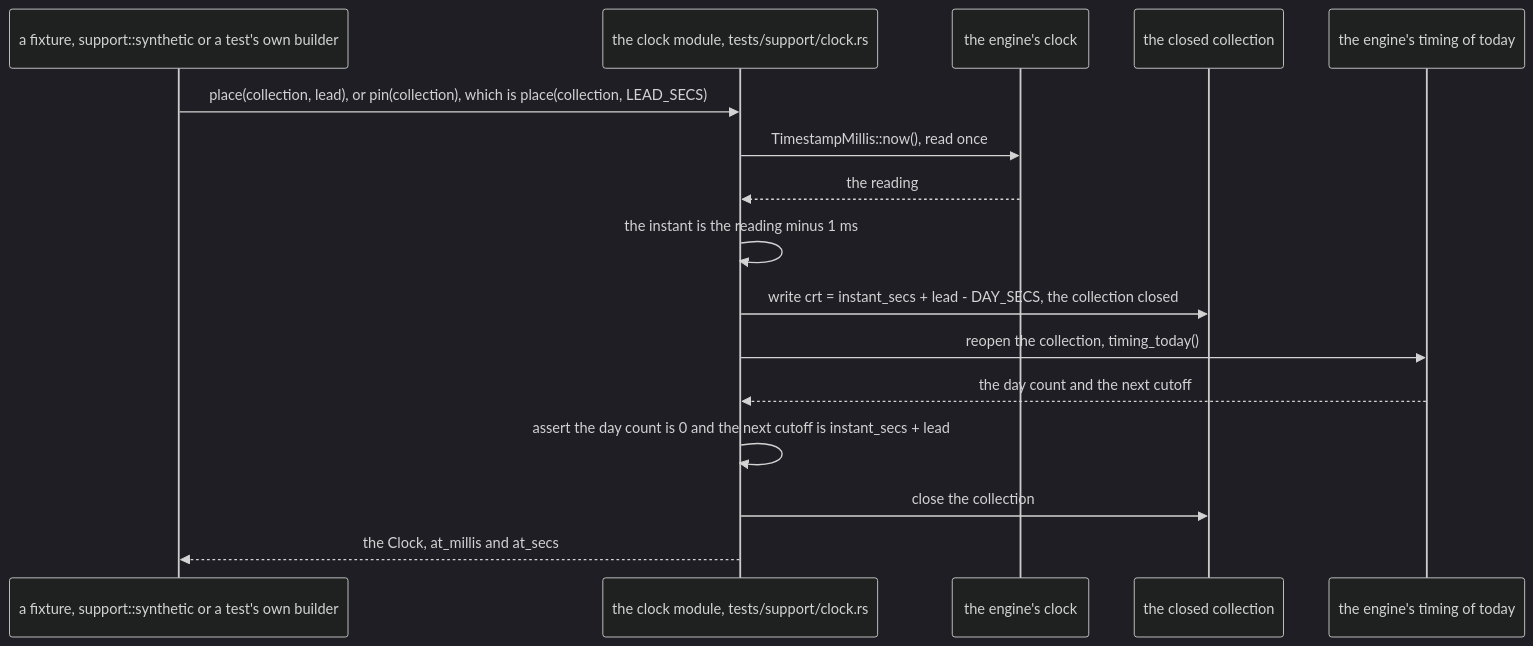
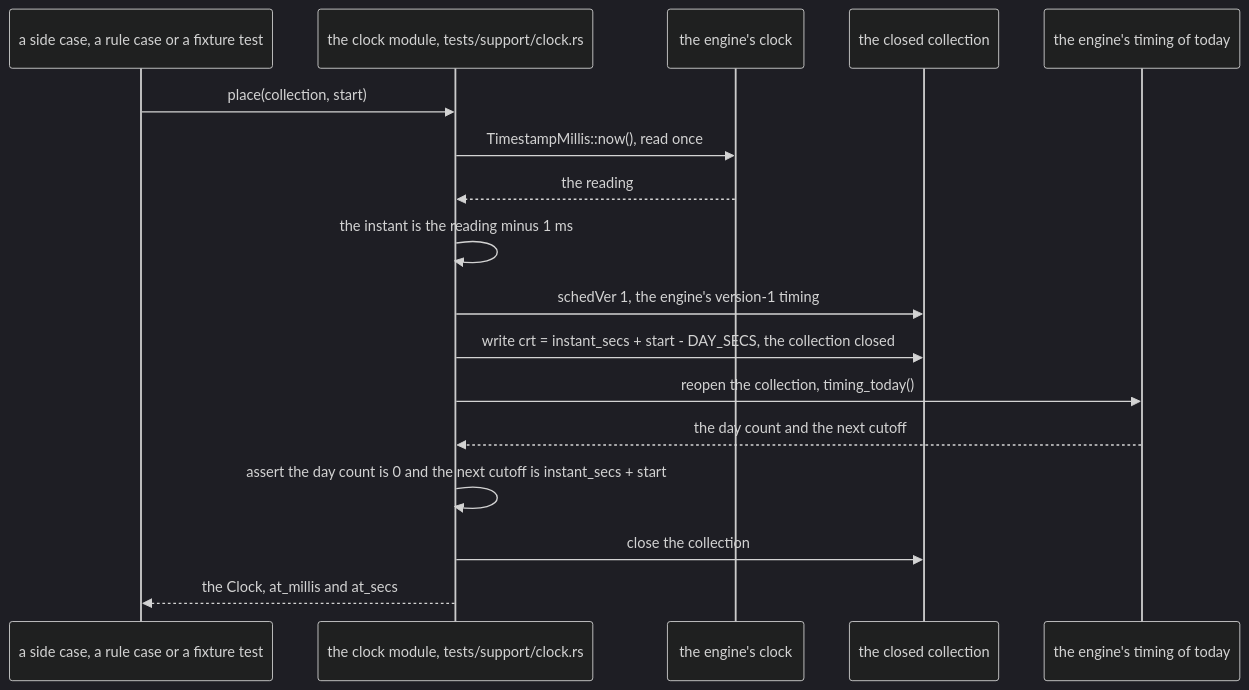
Before and after one commit to RexRenatus/deck-streak: the sixth of 10 diagrams in docs/schematics/scheduler-tests-take-their-time-from-one-injected-clock.md, drawn with Mermaid (dark theme). The commit also changed other lines of this file and 2 other files, not shown here.

````diff
--- a/docs/schematics/scheduler-tests-take-their-time-from-one-injected-clock.md
+++ b/docs/schematics/scheduler-tests-take-their-time-from-one-injected-clock.md
@@ -182,18 +188,19 @@
 ```mermaid
 sequenceDiagram
-  participant S as a fixture, support::synthetic or a test's own builder
+  participant S as a side case, a rule case or a fixture test
   participant C as the clock module, tests/support/clock.rs
   participant K as the engine's clock
   participant F as the closed collection
   participant E as the engine's timing of today
-  S->>C: place(collection, lead), or pin(collection), which is place(collection, LEAD_SECS)
+  S->>C: place(collection, start)
   C->>K: TimestampMillis::now(), read once
   K-->>C: the reading
   C->>C: the instant is the reading minus 1 ms
-  C->>F: write crt = instant_secs + lead - DAY_SECS, the collection closed
+  C->>F: schedVer 1, the engine's version-1 timing
+  C->>F: write crt = instant_secs + start - DAY_SECS, the collection closed
   C->>E: reopen the collection, timing_today()
   E-->>C: the day count and the next cutoff
-  C->>C: assert the day count is 0 and the next cutoff is instant_secs + lead
+  C->>C: assert the day count is 0 and the next cutoff is instant_secs + start
   C->>F: close the collection
   C-->>S: the Clock, at_millis and at_secs
 ```
````
